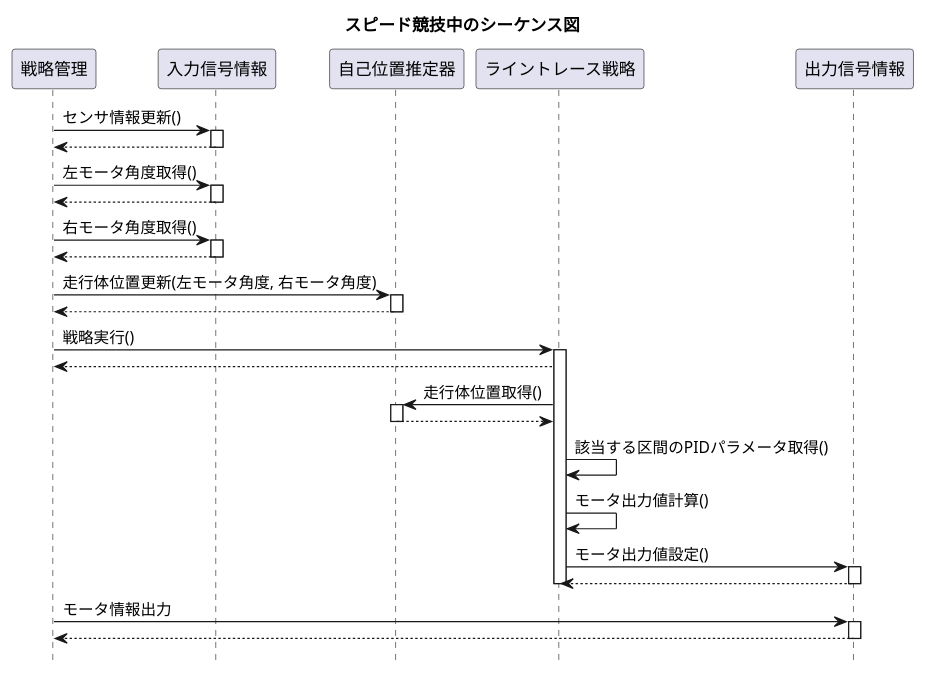
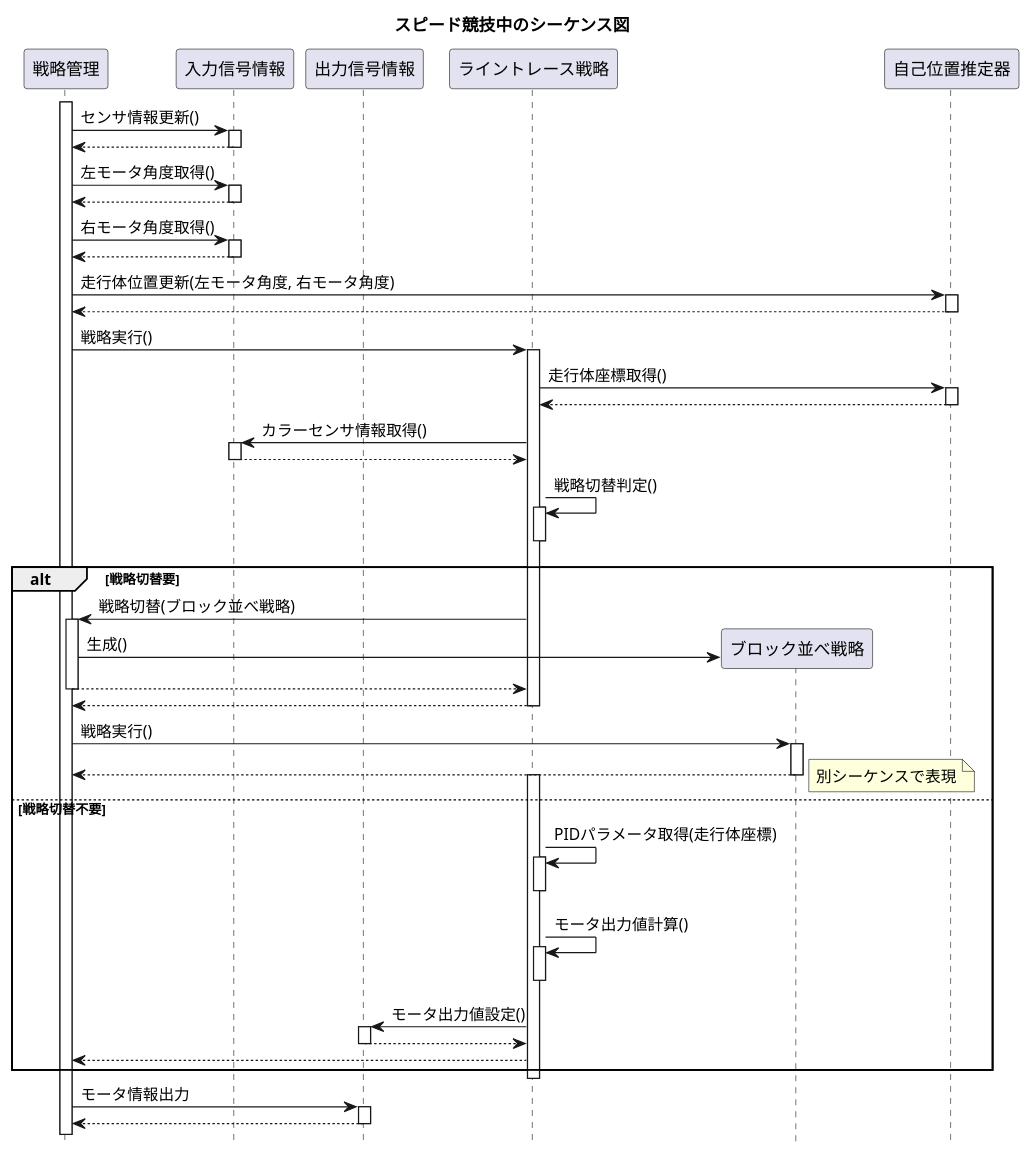
Before and after one commit to TK-R/ET2017-UML: the diagram in 設計モデル/スピード競技中シーケンス図.puml, drawn with PlantUML. The commit also changed 3 other files, not shown here.

Commit message:
シーケンス図とクラス図を更新

```diff
--- a/設計モデル/スピード競技中シーケンス図.puml
+++ b/設計モデル/スピード競技中シーケンス図.puml
@@ -1,49 +1,97 @@
 @startuml
 title スピード競技中のシーケンス図
 hide footbox
 
-戦略管理 -> 入力信号情報 : センサ情報更新()
-	activate 入力信号情報
-	戦略管理 <-- 入力信号情報 
-	deactivate 入力信号情報
+participant "戦略管理" as StManager
+participant "入力信号情報" as Input
+participant "出力信号情報" as Output
+participant "ライントレース戦略" as Linetrace
+participant "ブロック並べ戦略" as block
 
-戦略管理 -> 入力信号情報 : 左モータ角度取得()
-	activate 入力信号情報
-	戦略管理 <-- 入力信号情報 
-	deactivate 入力信号情報
+activate StManager
+StManager -> Input : センサ情報更新()
+	activate Input
+	StManager <-- Input 
+	deactivate Input
 
-戦略管理 -> 入力信号情報 : 右モータ角度取得()
-	activate 入力信号情報
-	戦略管理 <-- 入力信号情報 
-	deactivate 入力信号情報
+StManager -> Input : 左モータ角度取得()
+	activate Input
+	StManager <-- Input 
+	deactivate Input
 
-戦略管理 -> 自己位置推定器 : 走行体位置更新(左モータ角度, 右モータ角度)
+StManager -> Input : 右モータ角度取得()
+	activate Input
+	StManager <-- Input 
+	deactivate Input
+
+StManager -> 自己位置推定器 : 走行体位置更新(左モータ角度, 右モータ角度)
 	activate 自己位置推定器
-	戦略管理 <-- 自己位置推定器
+	StManager <-- 自己位置推定器
 	deactivate 自己位置推定器
 
-戦略管理 -> ライントレース戦略: 戦略実行()
-	activate ライントレース戦略
-	戦略管理 <-- ライントレース戦略
-
-	ライントレース戦略 -> 自己位置推定器 : 走行体位置取得()
+StManager -> Linetrace: 戦略実行()
+	activate Linetrace
+	Linetrace -> 自己位置推定器 : 走行体座標取得()
 		activate 自己位置推定器
-		ライントレース戦略 <-- 自己位置推定器
+		Linetrace <-- 自己位置推定器
 		deactivate 自己位置推定器
 
-	ライントレース戦略 -> ライントレース戦略: 該当する区間のPIDパラメータ取得()
-	ライントレース戦略 -> ライントレース戦略: モータ出力値計算()
+	Linetrace -> Input: カラーセンサ情報取得()
+		activate Input
+		Linetrace <-- Input
+		deactivate Input
 
-	ライントレース戦略 -> 出力信号情報: モータ出力値設定()
-		activate 出力信号情報
-		ライントレース戦略 <-- 出力信号情報	
-		deactivate 出力信号情報
-	deactivate ライントレース戦略
 
-戦略管理 -> 出力信号情報 : モータ情報出力
-	activate 出力信号情報
-	戦略管理 <-- 出力信号情報
-	deactivate 出力信号情報
+	Linetrace -> Linetrace : 戦略切替判定()
+		activate Linetrace
+		deactivate Linetrace
+
+	alt 戦略切替要
+
+		Linetrace -> StManager : 戦略切替(ブロック並べ戦略)
+			activate StManager
+			
+			create block
+			StManager -> block : 生成()
+
+			Linetrace <-- StManager
+			deactivate StManager
+	 	
+		StManager <-- Linetrace
+		deactivate Linetrace
+	
+	StManager -> block : 戦略実行()
+		activate block 
+		StManager <-- block
+		note right :別シーケンスで表現
+		deactivate block
+
+
+	else 戦略切替不要
+		activate Linetrace
+		Linetrace -> Linetrace: PIDパラメータ取得(走行体座標)
+			activate Linetrace
+			deactivate Linetrace
+
+		Linetrace -> Linetrace: モータ出力値計算()
+			activate Linetrace
+			deactivate Linetrace
+
+		Linetrace -> Output: モータ出力値設定()
+			activate Output
+			Linetrace <-- Output	
+			deactivate Output
+
+		StManager <-- Linetrace
+	end
+
+	
+	deactivate Linetrace
+
+StManager -> Output : モータ情報出力
+	activate Output
+	StManager <-- Output
+	deactivate Output
 
 
 @enduml
```
